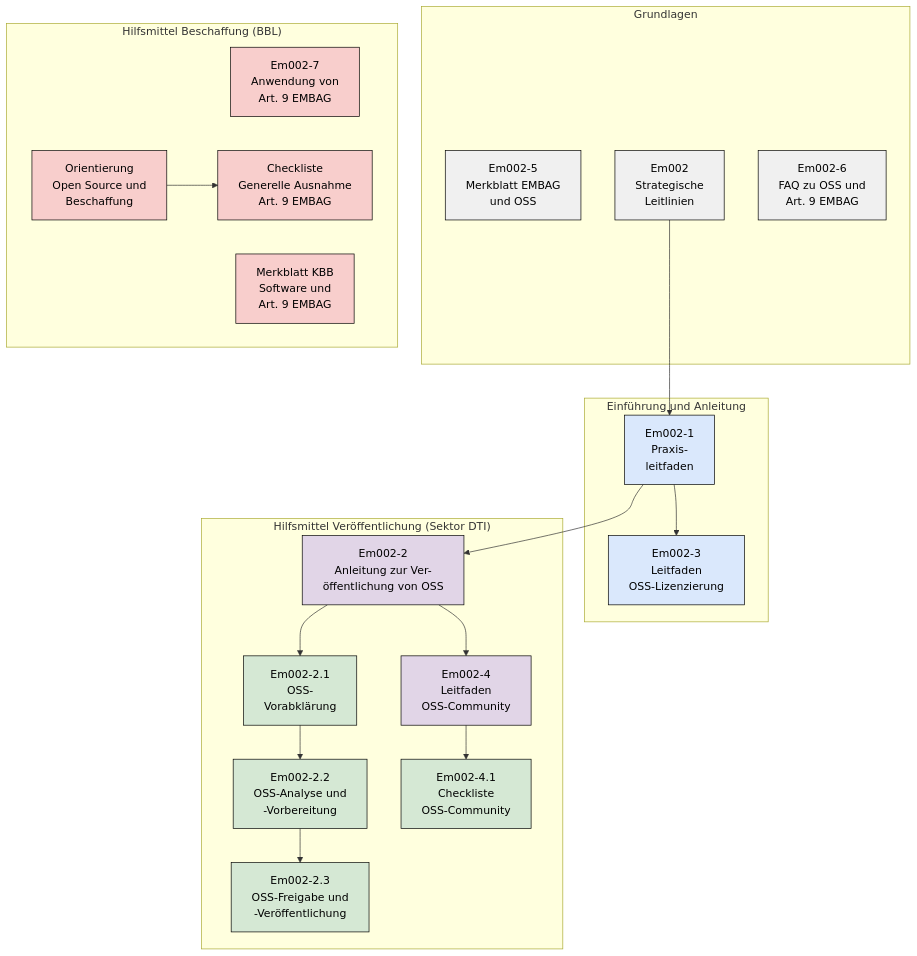
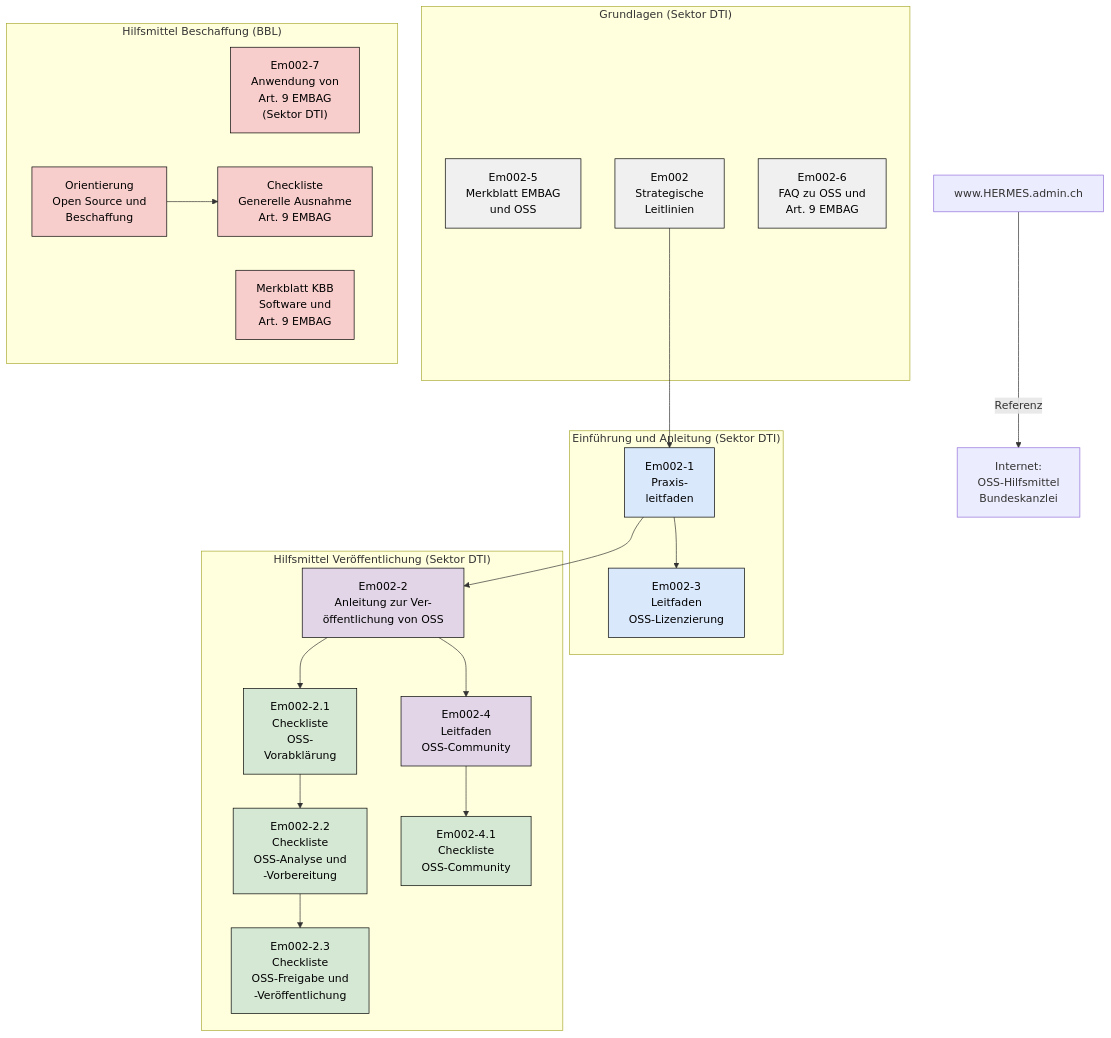
Before and after one commit to 736-c41-2c1-e464fc974/opensource-guidelines: the diagram in docs/partials/document-map.de.adoc, drawn with Mermaid. The commit also changed 5 other files, not shown here.

```diff
--- a/docs/partials/document-map.de.adoc
+++ b/docs/partials/document-map.de.adoc
@@ -2,51 +2,55 @@
 [mermaid,align="center",alt="Übersicht über die OSS-Hilfsmittel im Zusammenhang mit Art. 9 EMBAG"]
 ....
 flowchart TD
-    subgraph FUND["Grundlagen"]
+    subgraph FUND["Grundlagen (Sektor DTI)"]
         EM0025["Em002-5<br/>Merkblatt EMBAG<br/>und OSS"]
         EM002["Em002<br/>Strategische<br/>Leitlinien"]
         EM0026["Em002-6<br/>FAQ zu OSS und<br/>Art. 9 EMBAG"]
     end
 
-    subgraph INTRO["Einführung und Anleitung"]
+    subgraph INTRO["Einführung und Anleitung (Sektor DTI)"]
         EM0021["Em002-1<br/>Praxis-<br/>leitfaden"]
         EM0023["Em002-3<br/>Leitfaden<br/>OSS-Lizenzierung"]
     end
 
     subgraph PUB["Hilfsmittel Veröffentlichung (Sektor DTI)"]
         EM0022["Em002-2<br/>Anleitung zur Ver-<br/>öffentlichung von OSS"]
         EM0024["Em002-4<br/>Leitfaden<br/>OSS-Community"]
-        CL21["Em002-2.1<br/>OSS-<br/>Vorabklärung"]
-        CL22["Em002-2.2<br/>OSS-Analyse und<br/>-Vorbereitung"]
-        CL23["Em002-2.3<br/>OSS-Freigabe und<br/>-Veröffentlichung"]
+        CL21["Em002-2.1<br/>Checkliste<br/>OSS-<br/>Vorabklärung"]
+        CL22["Em002-2.2<br/>Checkliste<br/>OSS-Analyse und<br/>-Vorbereitung"]
+        CL23["Em002-2.3<br/>Checkliste<br/>OSS-Freigabe und<br/>-Veröffentlichung"]
         CL41["Em002-4.1<br/>Checkliste<br/>OSS-Community"]
     end
 
     subgraph PROC["Hilfsmittel Beschaffung (BBL)"]
-        EM0027["Em002-7<br/>Anwendung von<br/>Art. 9 EMBAG"]
+        EM0027["Em002-7<br/>Anwendung von<br/>Art. 9 EMBAG<br/>(Sektor DTI)"]
         KBB["Merkblatt KBB<br/>Software und<br/>Art. 9 EMBAG"]
         ORI["Orientierung<br/>Open Source und<br/>Beschaffung"]
         CLEX["Checkliste<br/>Generelle Ausnahme<br/>Art. 9 EMBAG"]
     end
+
+    HERMES["www.HERMES.admin.ch"]
+    FCHOSS["Internet:<br/>OSS-Hilfsmittel<br/>Bundeskanzlei"]
 
     EM002 --> EM0021
     EM0021 --> EM0023
     EM0021 --> EM0022
     EM0022 --> EM0024
     EM0022 --> CL21
     CL21 --> CL22
     CL22 --> CL23
     EM0024 --> CL41
     ORI --> CLEX
+    HERMES -->|"Referenz"| FCHOSS
 
     classDef fund fill:#f0f0f0,stroke:#000000,color:#000000
     classDef intro fill:#dae8fc,stroke:#000000,color:#000000
     classDef pub fill:#e1d5e7,stroke:#000000,color:#000000
     classDef check fill:#d5e8d4,stroke:#000000,color:#000000
     classDef proc fill:#f8cecc,stroke:#000000,color:#000000
     class EM002,EM0025,EM0026 fund
     class EM0021,EM0023 intro
     class EM0022,EM0024 pub
     class CL21,CL22,CL23,CL41 check
     class EM0027,KBB,ORI,CLEX proc
 ....
```
